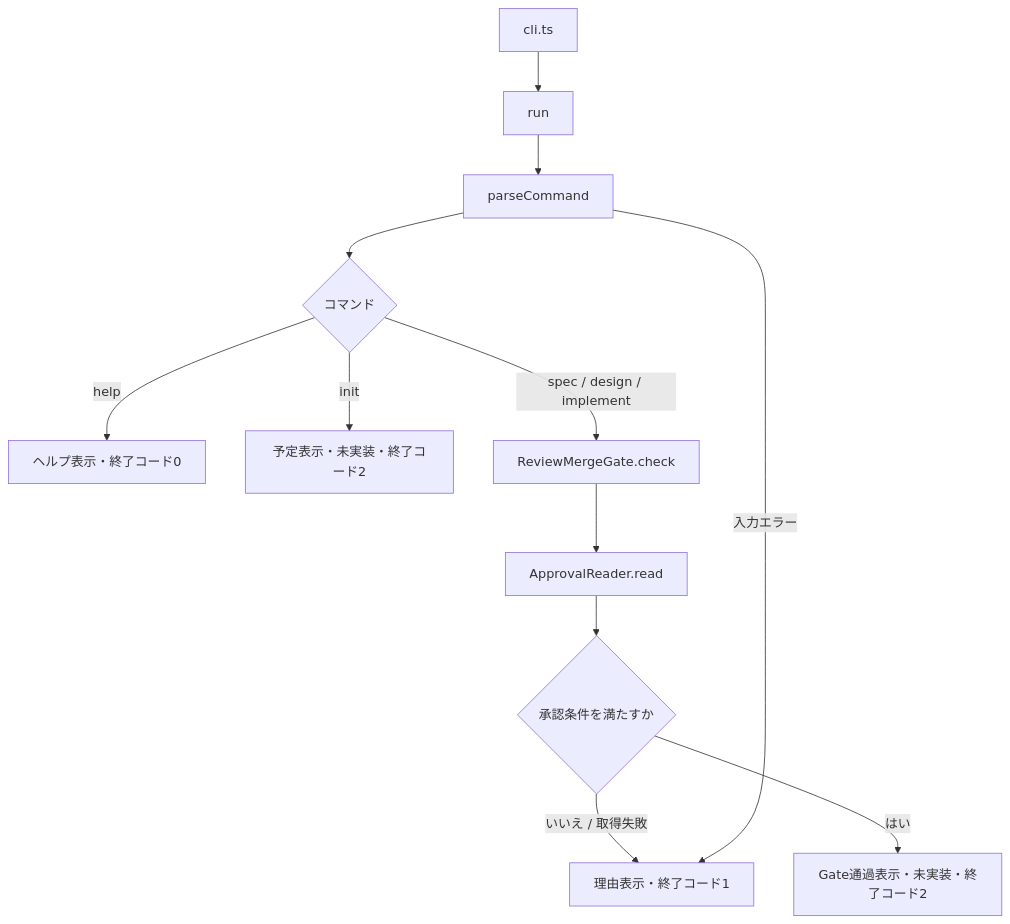
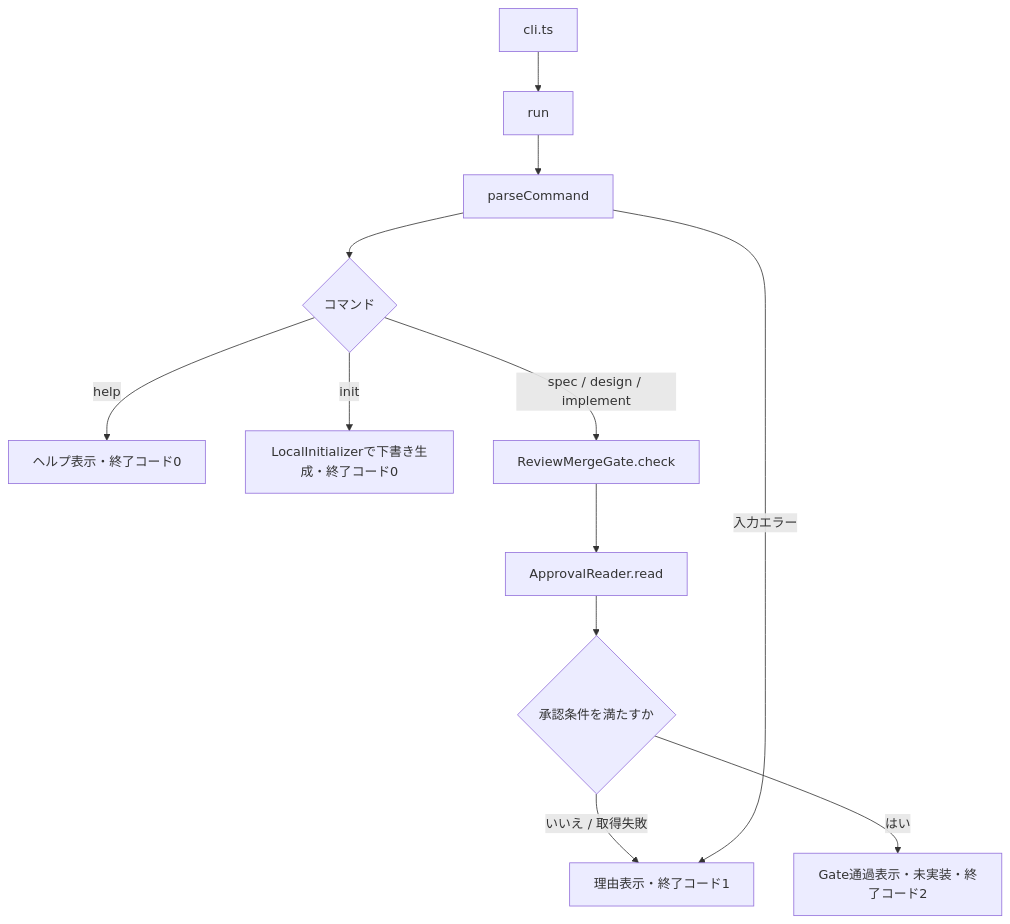
Before and after one commit to bluerabbits69/ai-driven-assistant-cli: the third of 3 diagrams in docs/architecture.md, drawn with Mermaid. The commit also changed other lines of this file and 6 other files, not shown here.

````diff
--- a/docs/architecture.md
+++ b/docs/architecture.md
@@ -214,14 +231,14 @@
 ```mermaid
 flowchart TD
     A[cli.ts] --> B[run]
     B --> C[parseCommand]
     C --> D{コマンド}
     D -->|help| E[ヘルプ表示・終了コード0]
-    D -->|init| F[予定表示・未実装・終了コード2]
+    D -->|init| F[LocalInitializerで下書き生成・終了コード0]
     D -->|spec / design / implement| G[ReviewMergeGate.check]
     G --> H[ApprovalReader.read]
     H --> I{承認条件を満たすか}
     I -->|いいえ / 取得失敗| J[理由表示・終了コード1]
     I -->|はい| K[Gate通過表示・未実装・終了コード2]
     C -->|入力エラー| J
 ```
````
